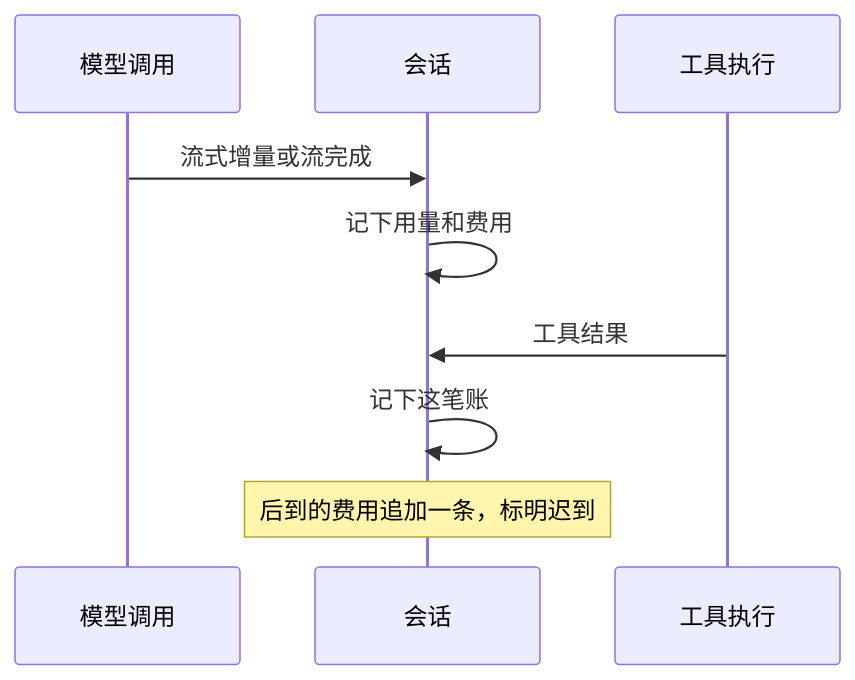
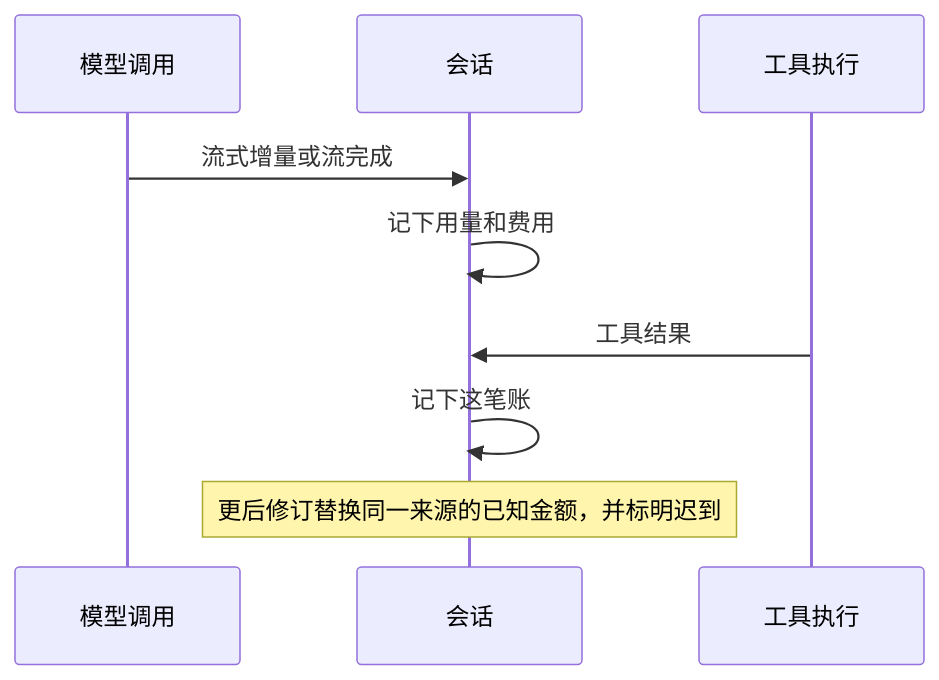
The second of 2 diagrams in docs/domains/sessions-and-work/README.md (nemori-ai/omne-harness-lite), drawn with Mermaid before and after one commit. The commit also changed other lines of this file and 6 other files, not shown here.

````diff
--- a/docs/domains/sessions-and-work/README.md
+++ b/docs/domains/sessions-and-work/README.md
@@ -45,11 +45,11 @@
 ```mermaid
 sequenceDiagram
   participant Model as 模型调用
   participant Session as 会话
   participant Tool as 工具执行
   Model->>Session: 流式增量或流完成
   Session->>Session: 记下用量和费用
   Tool->>Session: 工具结果
   Session->>Session: 记下这笔账
-  Note over Session: 后到的费用追加一条，标明迟到
+  Note over Session: 更后修订替换同一来源的已知金额，并标明迟到
 ```
````
